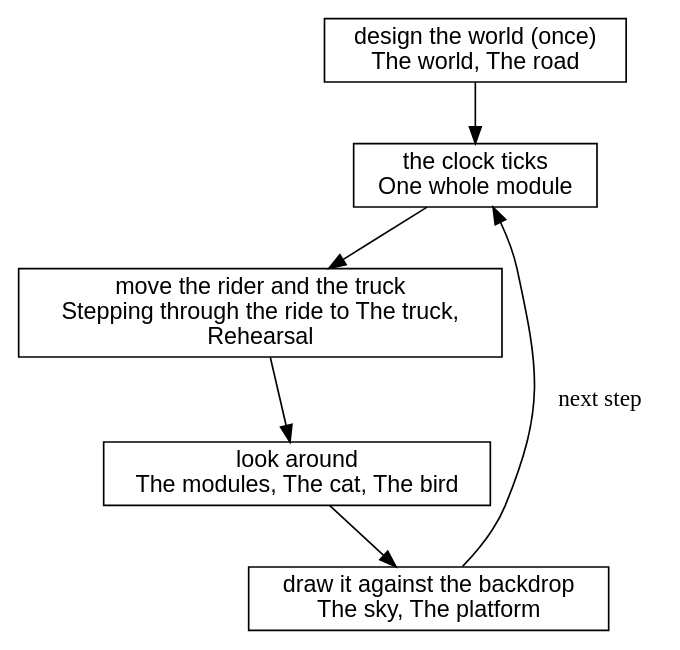
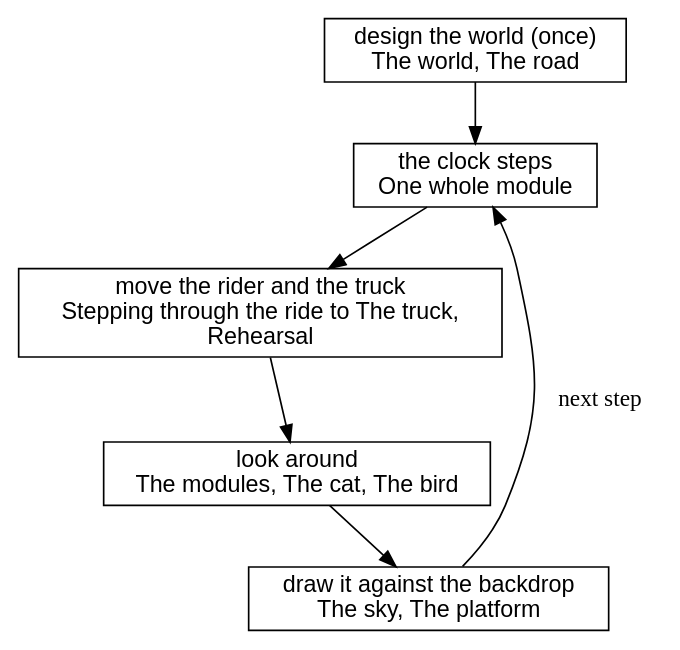
Before and after one commit to showell/roc-apps: diagram 30 of 30 in canvas_apps/safari/tutorial/tutorial.md, drawn with Graphviz. The commit also changed other lines of this file, not shown here.

````diff
--- a/canvas_apps/safari/tutorial/tutorial.md
+++ b/canvas_apps/safari/tutorial/tutorial.md
@@ -2919,15 +2917,15 @@
 ```dot
 digraph opened {
   node [shape=box, fontname="Helvetica"];
   world [label="design the world (once)\nThe world, The road"];
-  tick [label="the clock ticks\nOne whole module"];
+  tick [label="the clock steps\nOne whole module"];
   move [label="move the rider and the truck\nStepping through the ride to The truck,\nRehearsal"];
   look [label="look around\nThe modules, The cat, The bird"];
   draw [label="draw it against the backdrop\nThe sky, The platform"];
   world -> tick;
   tick -> move;
   move -> look;
   look -> draw;
   draw -> tick [label="  next step"];
 }
 ```
````
